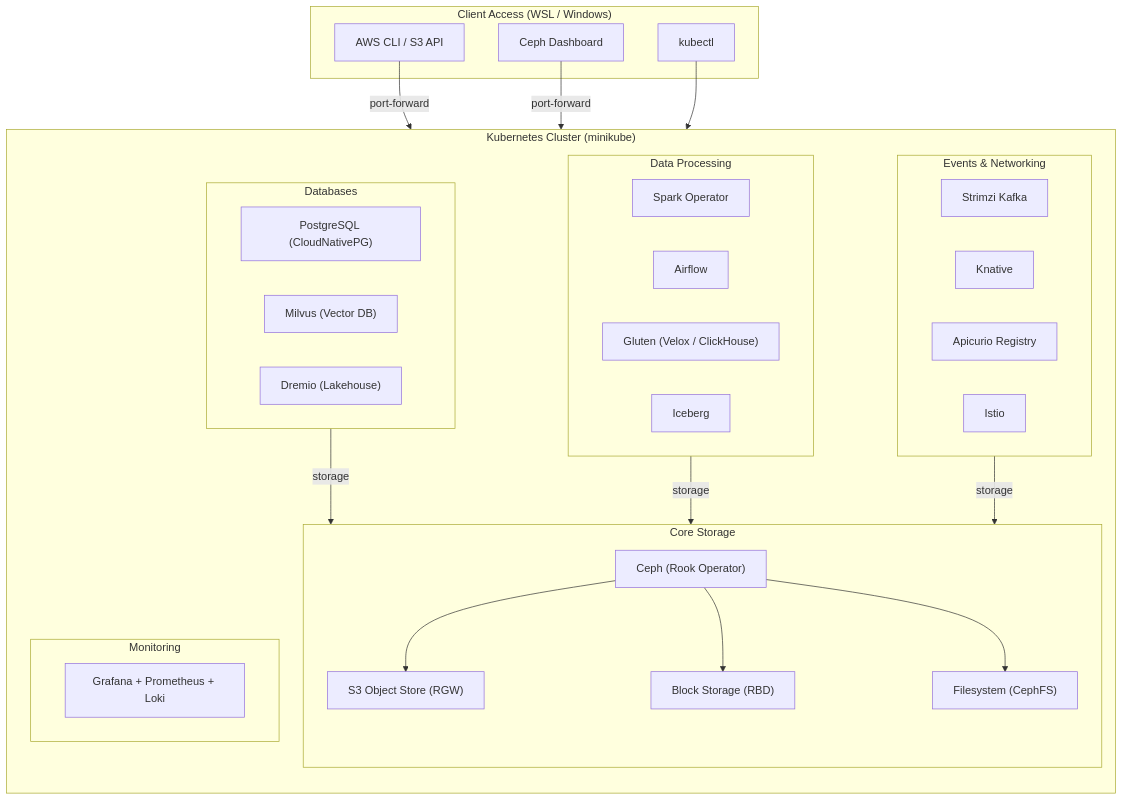
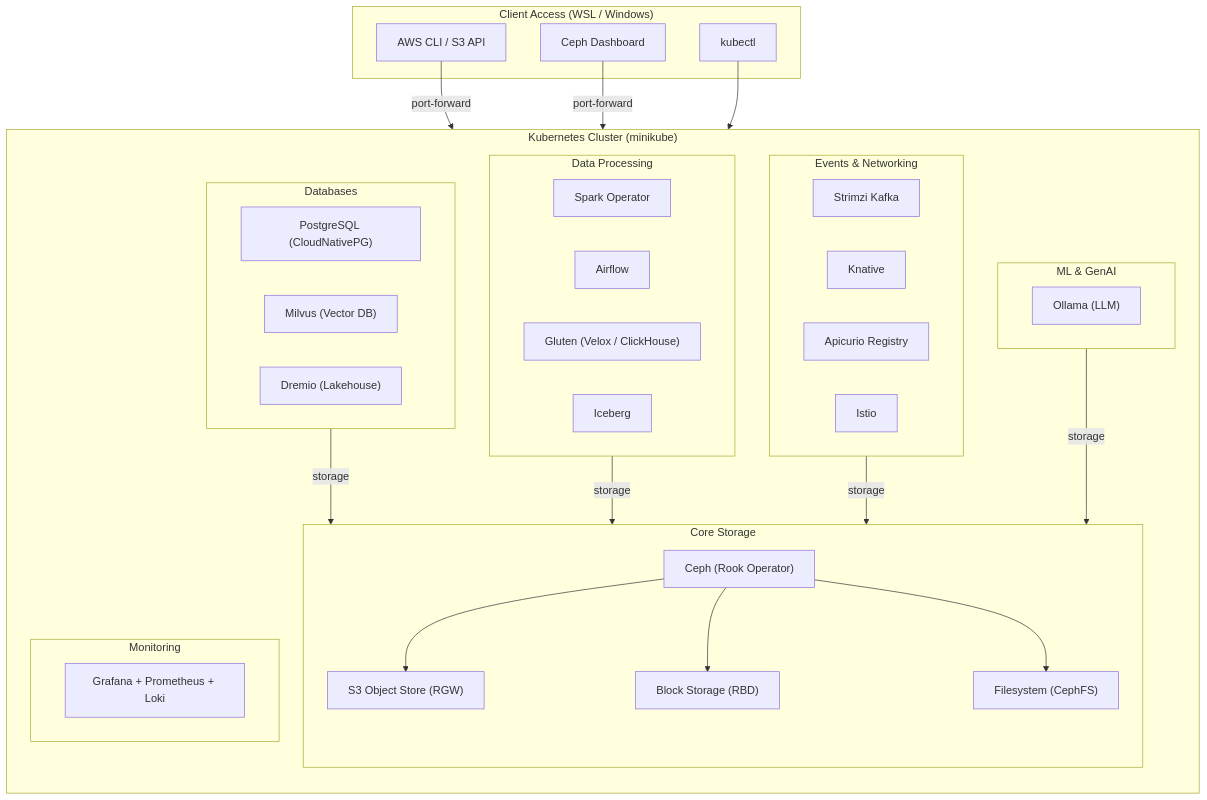
One commit to rammi-dev/data-k8s-playground changed the diagram in README.md. Above: the diagram before and after it, drawn with Mermaid. The commit also changed other lines of this file and 7 other files, not shown here.

````diff
--- a/README.md
+++ b/README.md
@@ -5,52 +5,57 @@
 ```mermaid
 flowchart TB
     subgraph Infra["Kubernetes Cluster (minikube)"]
         direction TB
 
         subgraph Core["Core Storage"]
             Ceph["Ceph (Rook Operator)"]
             S3["S3 Object Store (RGW)"]
             Block["Block Storage (RBD)"]
             FS["Filesystem (CephFS)"]
             Ceph --> S3 & Block & FS
         end
 
         subgraph Databases["Databases"]
             PG["PostgreSQL (CloudNativePG)"]
             Milvus["Milvus (Vector DB)"]
             Dremio["Dremio (Lakehouse)"]
         end
 
         subgraph DataProc["Data Processing"]
             Spark["Spark Operator"]
             Airflow["Airflow"]
             Gluten["Gluten (Velox / ClickHouse)"]
             Iceberg["Iceberg"]
         end
 
         subgraph Events["Events & Networking"]
             Kafka["Strimzi Kafka"]
             Knative["Knative"]
             Apicurio["Apicurio Registry"]
             Istio["Istio"]
         end
 
+        subgraph ML["ML & GenAI"]
+            Ollama["Ollama (LLM)"]
+        end
+
         subgraph Mon["Monitoring"]
             Grafana["Grafana + Prometheus + Loki"]
         end
 
         Databases -->|"storage"| Core
         DataProc -->|"storage"| Core
         Events -->|"storage"| Core
+        ML -->|"storage"| Core
     end
 
     subgraph Clients["Client Access (WSL / Windows)"]
         AWS["AWS CLI / S3 API"]
         Kubectl["kubectl"]
         Dashboard["Ceph Dashboard"]
     end
 
     AWS -->|port-forward| S3
     Kubectl --> Infra
     Dashboard -->|port-forward| Ceph
 ```
````
